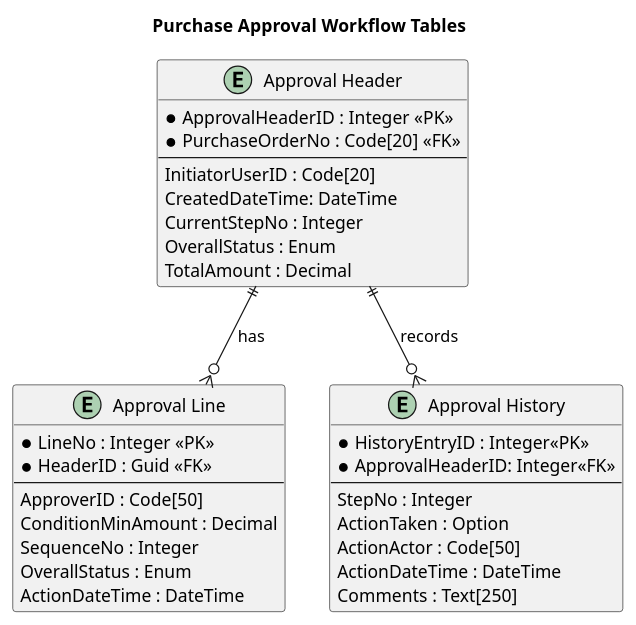
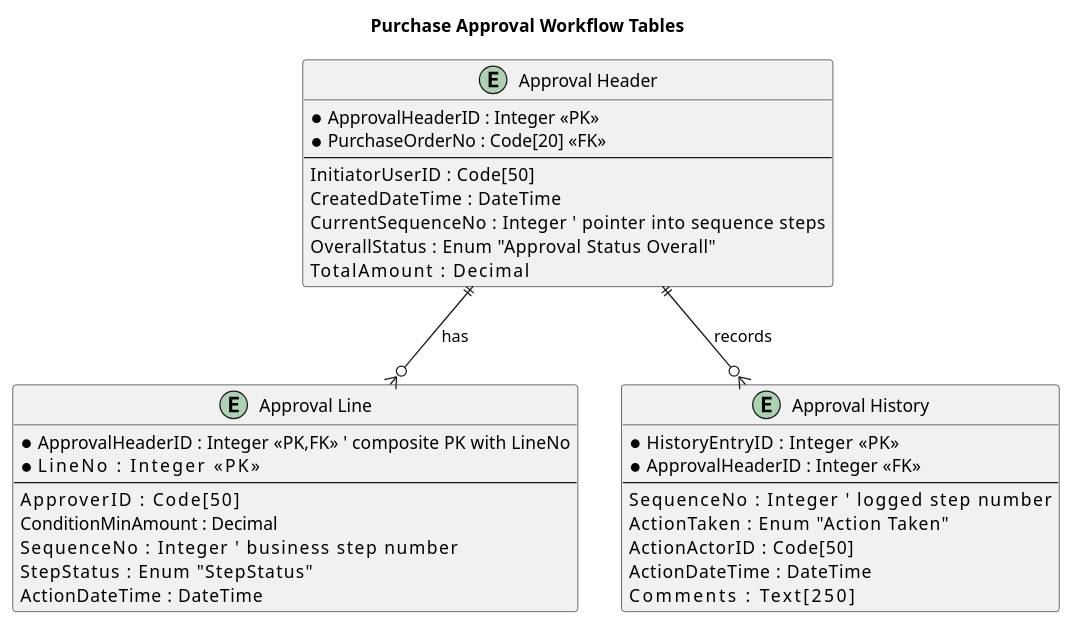
Before and after one commit to Salem-Sayarh/Approval_Extension: the diagram in Documentation/UML/Tables.wsd, drawn with PlantUML. The commit also changed 6 other files, not shown here.

Commit message:
Refactor Tables (unified naming SequenceNo)

```diff
--- a/Documentation/UML/Tables.wsd
+++ b/Documentation/UML/Tables.wsd
@@ -1,39 +1,40 @@
 @startuml Tables
+
 title Purchase Approval Workflow Tables
 
 entity "Approval Header" as Header {
   * ApprovalHeaderID : Integer <<PK>>
   * PurchaseOrderNo : Code[20] <<FK>>
   --
-  InitiatorUserID : Code[20]
-  CreatedDateTime: DateTime
-  CurrentStepNo : Integer
-  OverallStatus : Enum
-  TotalAmount : Decimal
+  InitiatorUserID    : Code[50]
+  CreatedDateTime    : DateTime
+  CurrentSequenceNo  : Integer       ' pointer into sequence steps
+  OverallStatus      : Enum "Approval Status Overall"
+  TotalAmount        : Decimal
 }
 
 entity "Approval Line" as Line {
-  * LineNo : Integer <<PK>>
-  * HeaderID : Guid <<FK>>
+  * ApprovalHeaderID  : Integer <<PK,FK>>  ' composite PK with LineNo
+  * LineNo           : Integer <<PK>>
   --
-  ApproverID : Code[50]
+  ApproverID         : Code[50]
   ConditionMinAmount : Decimal
-  SequenceNo : Integer
-  OverallStatus : Enum
-  ActionDateTime : DateTime
+  SequenceNo         : Integer       ' business step number
+  StepStatus         : Enum "StepStatus"
+  ActionDateTime     : DateTime
 }
 
 entity "Approval History" as History {
-  * HistoryEntryID : Integer<<PK>>
-  *  ApprovalHeaderID: Integer<<FK>>
+  * HistoryEntryID    : Integer <<PK>>
+  * ApprovalHeaderID  : Integer <<FK>>
   --
-  StepNo : Integer
-  ActionTaken : Option
-  ActionActor : Code[50]
-  ActionDateTime : DateTime
-  Comments : Text[250]
+  SequenceNo         : Integer       ' logged step number
+  ActionTaken        : Enum "Action Taken"
+  ActionActorID      : Code[50]
+  ActionDateTime     : DateTime
+  Comments           : Text[250]
 }
 
-Header ||--o{ Line : has
+Header ||--o{ Line    : has
 Header ||--o{ History : records
 @enduml
```
